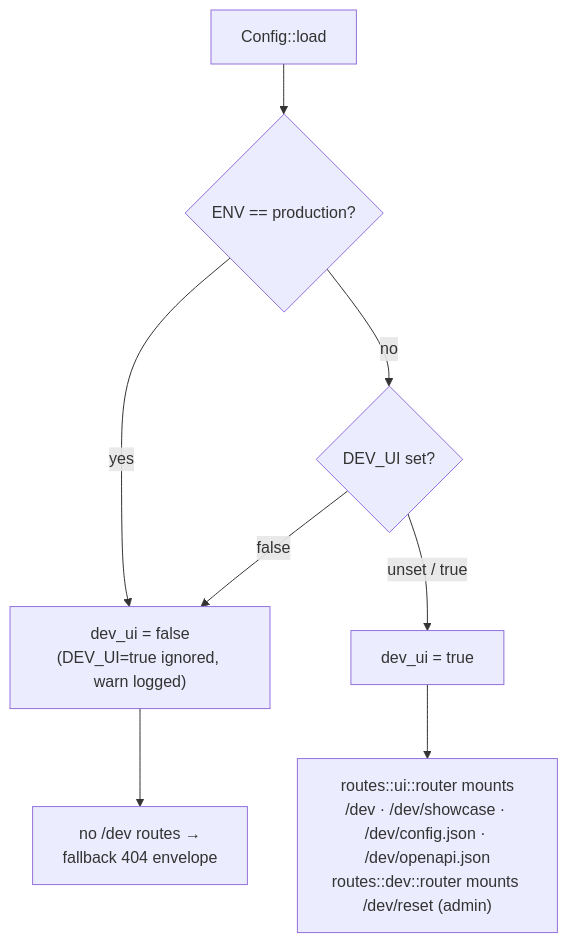
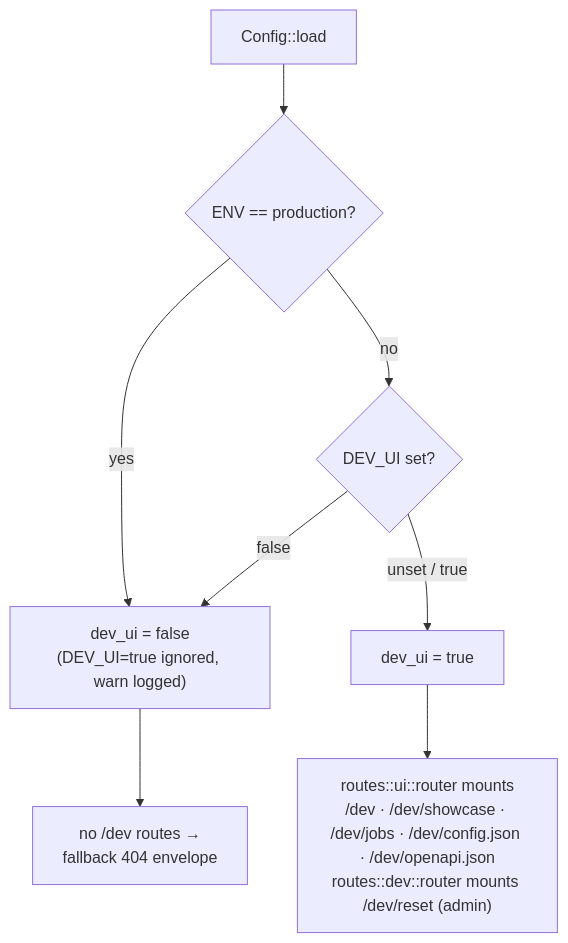
Before and after one commit to NinjaGoldfinch/riot-proxy: the first of 3 diagrams in docs/design/10-dev-explorer.md, drawn with Mermaid. The commit also changed other lines of this file and 24 other files, not shown here.

First line of the commit message:
DEV-19 — /dev/jobs: live job activity and a tab per job (#108)

````diff
--- a/docs/design/10-dev-explorer.md
+++ b/docs/design/10-dev-explorer.md
@@ -22,10 +22,10 @@
 ```mermaid
 flowchart TD
   A[Config::load] --> B{ENV == production?}
   B -- yes --> OFF["dev_ui = false<br/>(DEV_UI=true ignored, warn logged)"]
   B -- no --> C{DEV_UI set?}
   C -- "false" --> OFF
   C -- "unset / true" --> ON[dev_ui = true]
-  ON --> R["routes::ui::router mounts<br/>/dev · /dev/showcase · /dev/config.json · /dev/openapi.json<br/>routes::dev::router mounts /dev/reset (admin)"]
+  ON --> R["routes::ui::router mounts<br/>/dev · /dev/showcase · /dev/jobs · /dev/config.json · /dev/openapi.json<br/>routes::dev::router mounts /dev/reset (admin)"]
   OFF --> N["no /dev routes →<br/>fallback 404 envelope"]
 ```
````
